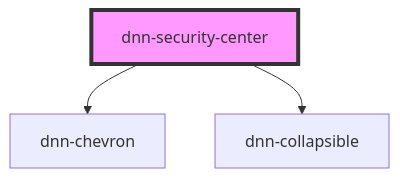
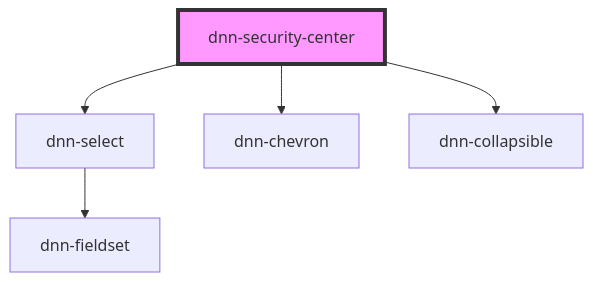
One commit to DNNCommunity/Dnn.SecurityCenter changed the diagram in module.web/src/components/dnn-security-center/readme.md. Above: the diagram before and after it, drawn with Mermaid. The commit also changed other lines of this file and 1 other file, not shown here.

Commit message:
Updated default view to ensure it shows bulletins for the current version of DNN

````diff
--- a/module.web/src/components/dnn-security-center/readme.md
+++ b/module.web/src/components/dnn-security-center/readme.md
@@ -23,6 +24,8 @@
 ```mermaid
 graph TD;
+  dnn-security-center --> dnn-select
   dnn-security-center --> dnn-chevron
   dnn-security-center --> dnn-collapsible
+  dnn-select --> dnn-fieldset
   style dnn-security-center fill:#f9f,stroke:#333,stroke-width:4px
 ```
````
